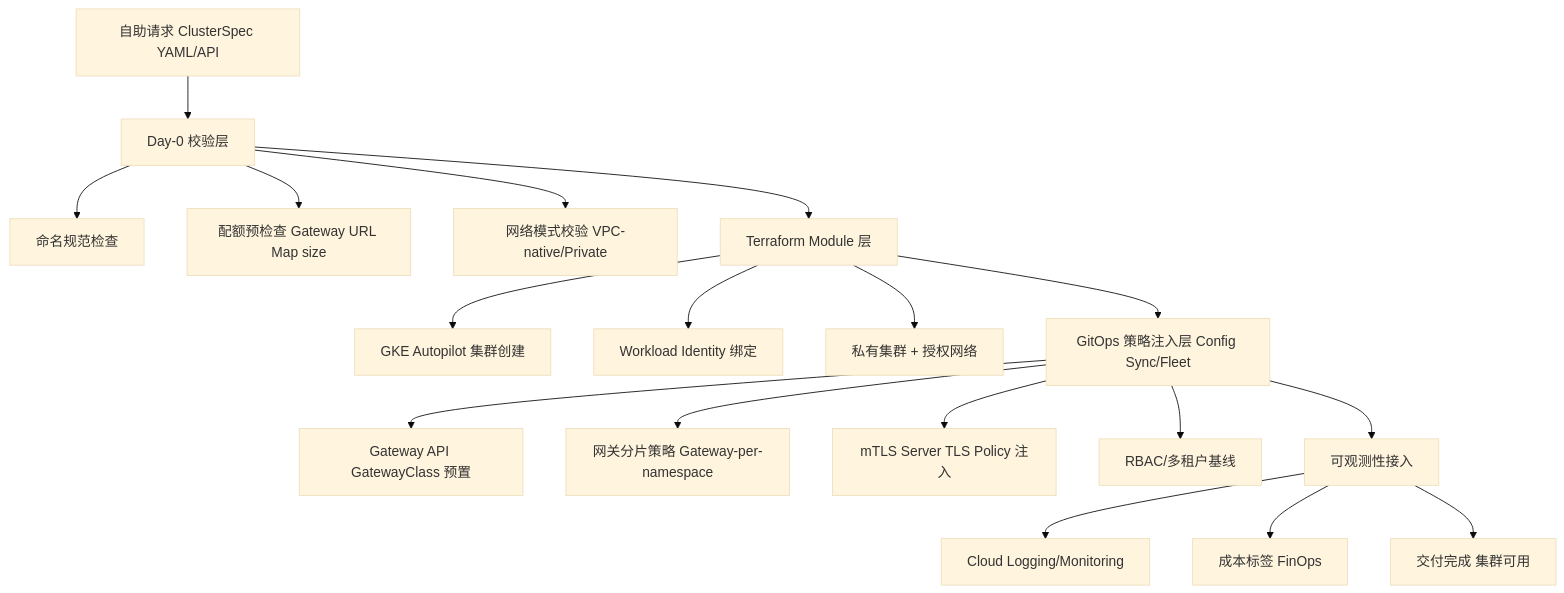
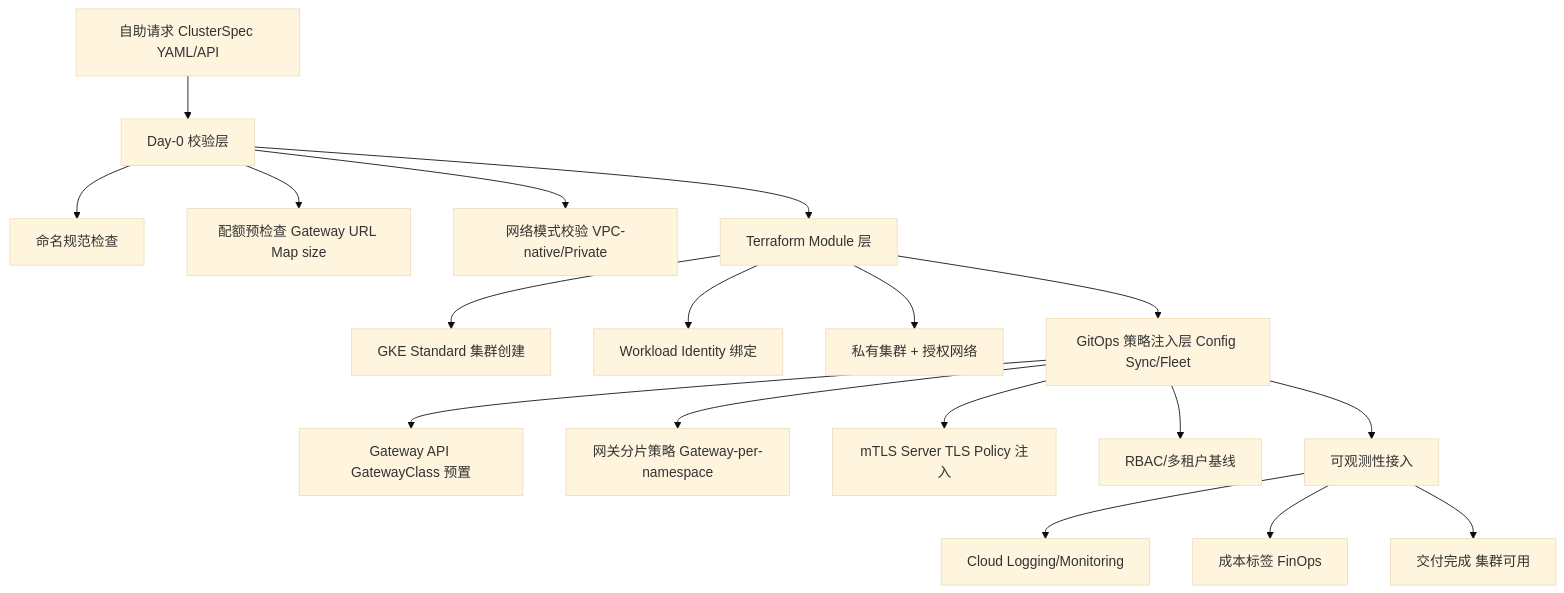
One commit to aibangjuxin/knowledge changed the first of 5 diagrams in CaaS/gke-caas.md. Above: the diagram before and after it, drawn with Mermaid (base theme). The commit also changed other lines of this file and 13 other files, not shown here.

````diff
--- a/CaaS/gke-caas.md
+++ b/CaaS/gke-caas.md
@@ -18,20 +18,20 @@
 ```mermaid
 graph TD
     A[自助请求 ClusterSpec YAML/API] --> B[Day-0 校验层]
     B --> B1[命名规范检查]
     B --> B2[配额预检查 Gateway URL Map size]
     B --> B3[网络模式校验 VPC-native/Private]
     B --> C[Terraform Module 层]
-    C --> C1[GKE Autopilot 集群创建]
+    C --> C1[GKE Standard 集群创建]
     C --> C2[Workload Identity 绑定]
     C --> C3[私有集群 + 授权网络]
     C --> D[GitOps 策略注入层 Config Sync/Fleet]
     D --> D1[Gateway API GatewayClass 预置]
     D --> D2[网关分片策略 Gateway-per-namespace]
     D --> D3[mTLS Server TLS Policy 注入]
     D --> D4[RBAC/多租户基线]
     D --> E[可观测性接入]
     E --> E1[Cloud Logging/Monitoring]
     E --> E2[成本标签 FinOps]
     E --> F[交付完成 集群可用]
 ```
````
